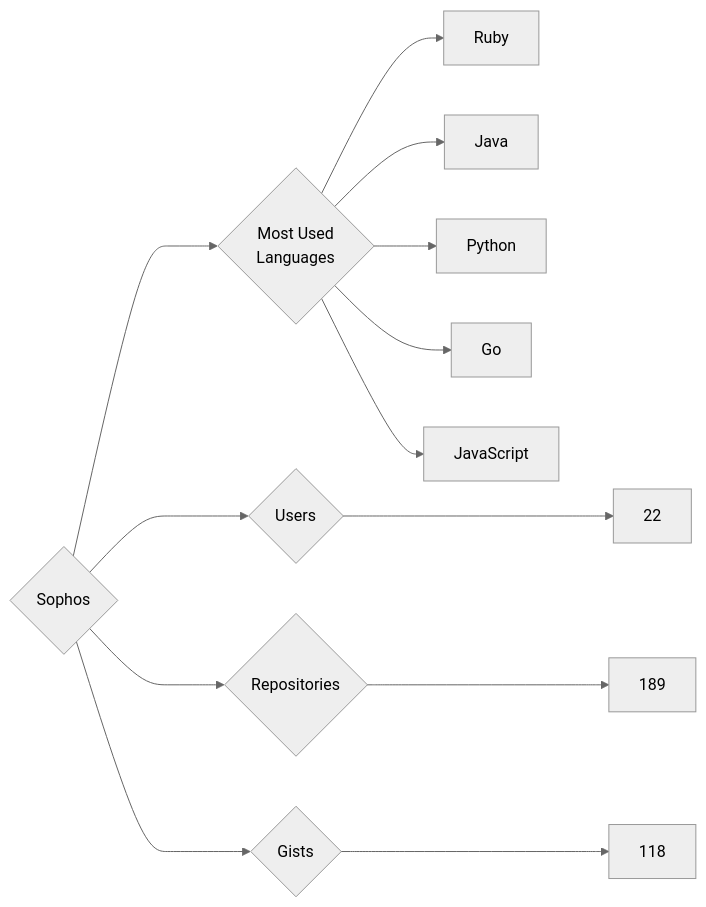
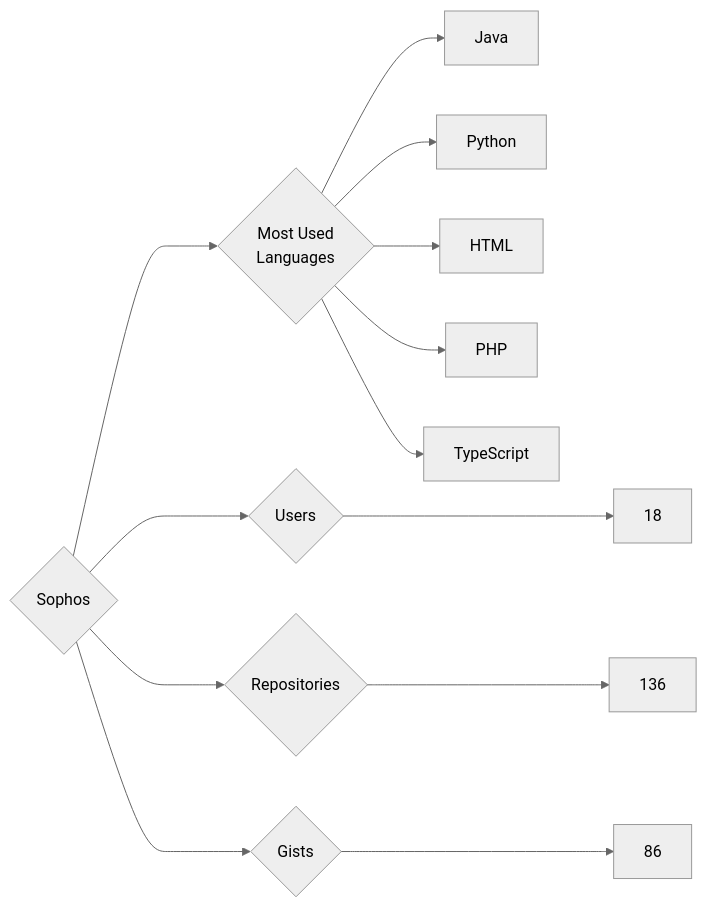
Before and after one commit to trickest/insiders: the diagram in targets/Sophos/README.md, drawn with Mermaid (neutral theme). The commit also changed 928 other files, not shown here.

````diff
--- a/targets/Sophos/README.md
+++ b/targets/Sophos/README.md
@@ -3,13 +3,13 @@
 ```mermaid
 graph LR
 COMPANY_NAME{Sophos}
-COMPANY_NAME ---> U{Users} ---> UN[22]
-COMPANY_NAME ---> R{Repositories} ---> RN[189]
-COMPANY_NAME ---> G{Gists} ---> GN[118]
+COMPANY_NAME ---> U{Users} ---> UN[18]
+COMPANY_NAME ---> R{Repositories} ---> RN[136]
+COMPANY_NAME ---> G{Gists} ---> GN[86]
 COMPANY_NAME ---> ML{Most Used<br>Languages}
-ML --> Ruby[Ruby]
 ML --> Java[Java]
 ML --> Python[Python]
-ML --> Go[Go]
-ML --> JavaScript[JavaScript]
+ML --> HTML[HTML]
+ML --> PHP[PHP]
+ML --> TypeScript[TypeScript]
 ```
````
